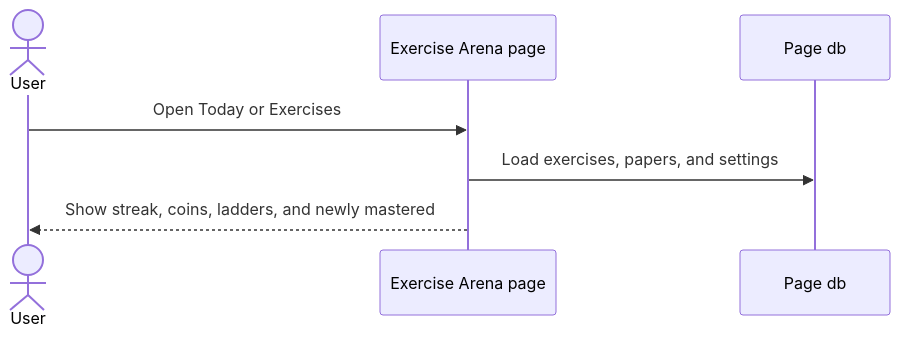
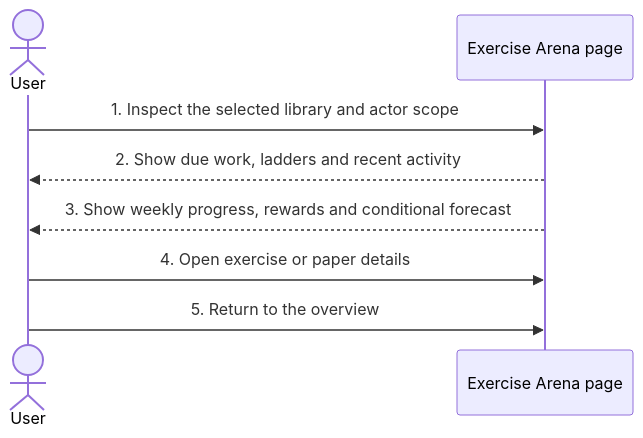
One commit to lengthlong/exercise_arena changed the diagram in journey/user/0004-review-progress.md. Above: the diagram before and after it, drawn with Mermaid. The commit also changed other lines of this file and 27 other files, not shown here.

````diff
--- a/journey/user/0004-review-progress.md
+++ b/journey/user/0004-review-progress.md
@@ -8,9 +9,10 @@
 ```mermaid
 sequenceDiagram
     actor U as User
     participant P as Exercise Arena page
-    participant D as Page db
-    U->>P: Open Today or Exercises
-    P->>D: Load exercises, papers, and settings
-    P-->>U: Show streak, coins, ladders, and newly mastered
+    U->>P: 1. Inspect the selected library and actor scope
+    P-->>U: 2. Show due work, ladders and recent activity
+    P-->>U: 3. Show weekly progress, rewards and conditional forecast
+    U->>P: 4. Open exercise or paper details
+    U->>P: 5. Return to the overview
 ```
````
